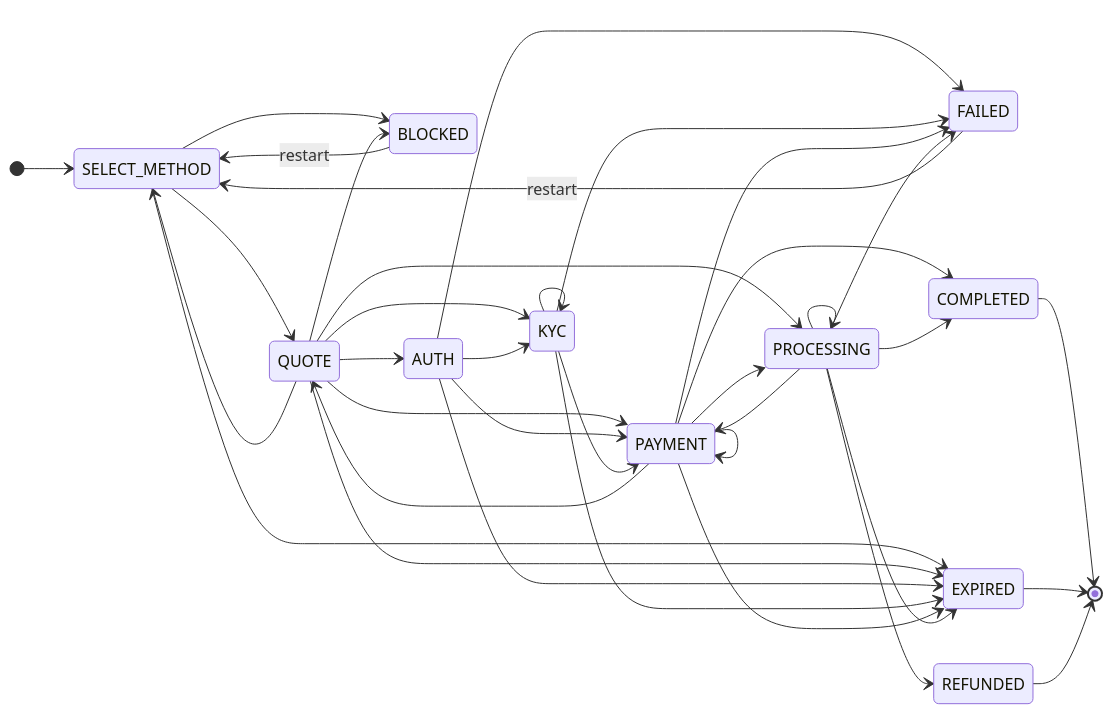
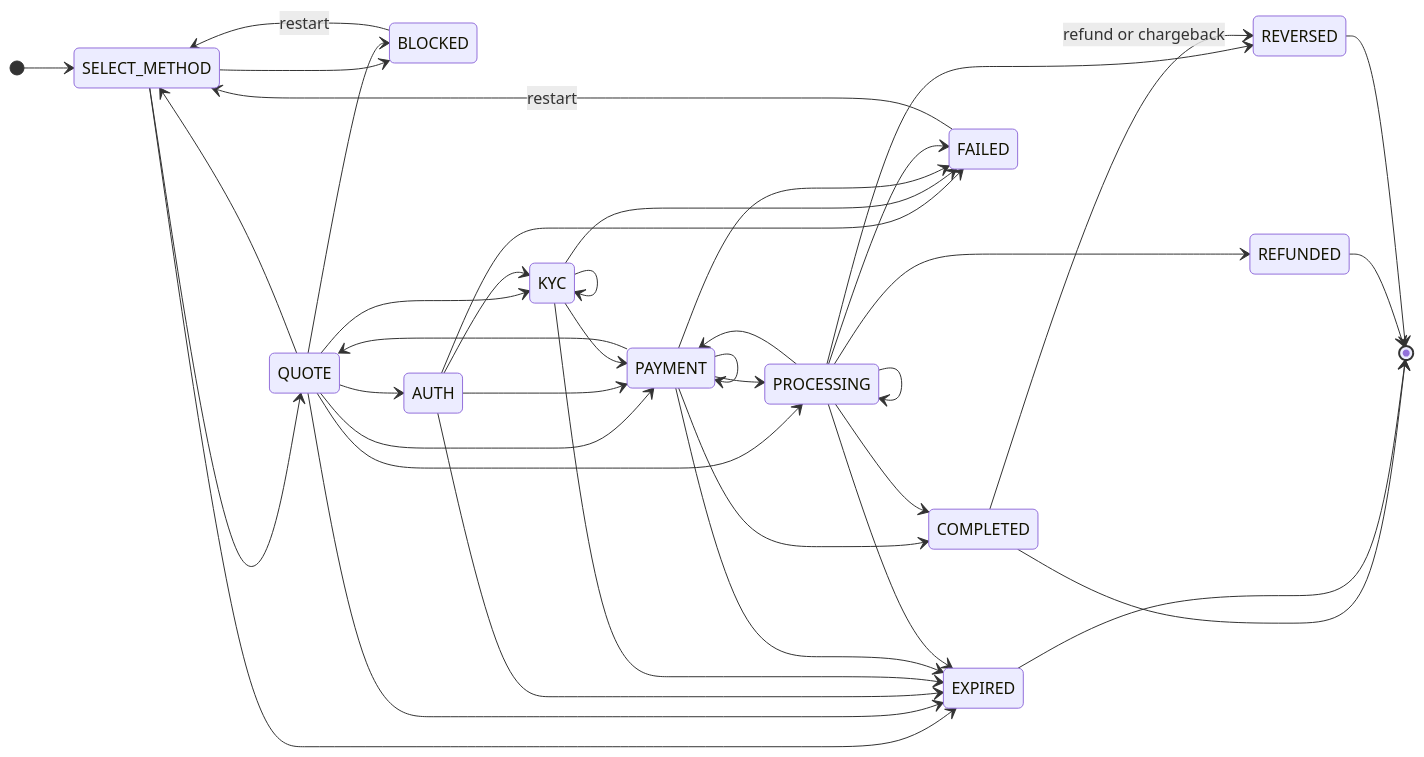
The first of 2 diagrams in docs/concepts/flow.md (yosriady/openrampkit), drawn with Mermaid before and after one commit. The commit also changed other lines of this file and 35 other files, not shown here.

````diff
--- a/docs/concepts/flow.md
+++ b/docs/concepts/flow.md
@@ -59,40 +59,43 @@
 ```mermaid
 stateDiagram-v2
   direction LR
   [*] --> SELECT_METHOD
   SELECT_METHOD --> QUOTE
   SELECT_METHOD --> BLOCKED
   SELECT_METHOD --> EXPIRED
   QUOTE --> SELECT_METHOD
   QUOTE --> AUTH
   QUOTE --> KYC
   QUOTE --> PAYMENT
   QUOTE --> PROCESSING
   QUOTE --> BLOCKED
   QUOTE --> EXPIRED
   AUTH --> KYC
   AUTH --> PAYMENT
   AUTH --> FAILED
   AUTH --> EXPIRED
   KYC --> KYC
   KYC --> PAYMENT
   KYC --> FAILED
   KYC --> EXPIRED
   PAYMENT --> PAYMENT
   PAYMENT --> PROCESSING
   PAYMENT --> COMPLETED
   PAYMENT --> FAILED
   PAYMENT --> EXPIRED
   PAYMENT --> QUOTE
   PROCESSING --> PROCESSING
   PROCESSING --> PAYMENT
   PROCESSING --> COMPLETED
   PROCESSING --> FAILED
   PROCESSING --> REFUNDED
+  PROCESSING --> REVERSED
   PROCESSING --> EXPIRED
   FAILED --> SELECT_METHOD: restart
   BLOCKED --> SELECT_METHOD: restart
+  COMPLETED --> REVERSED: refund or chargeback
   COMPLETED --> [*]
   EXPIRED --> [*]
   REFUNDED --> [*]
+  REVERSED --> [*]
 ```
````
